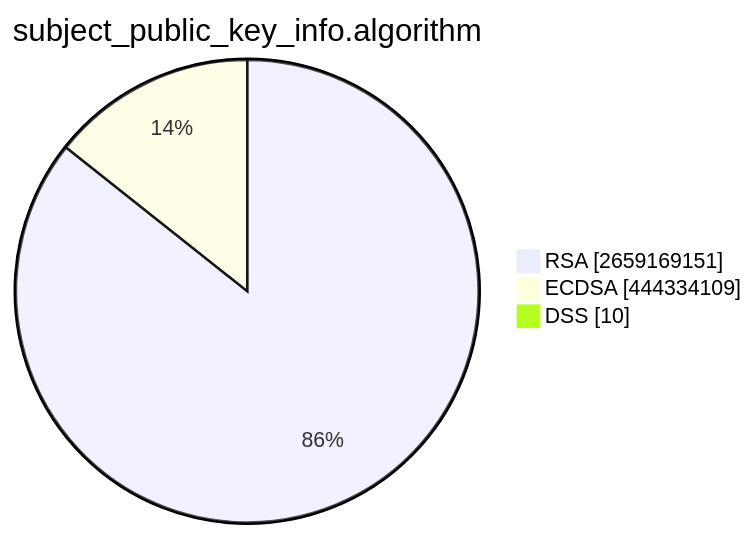
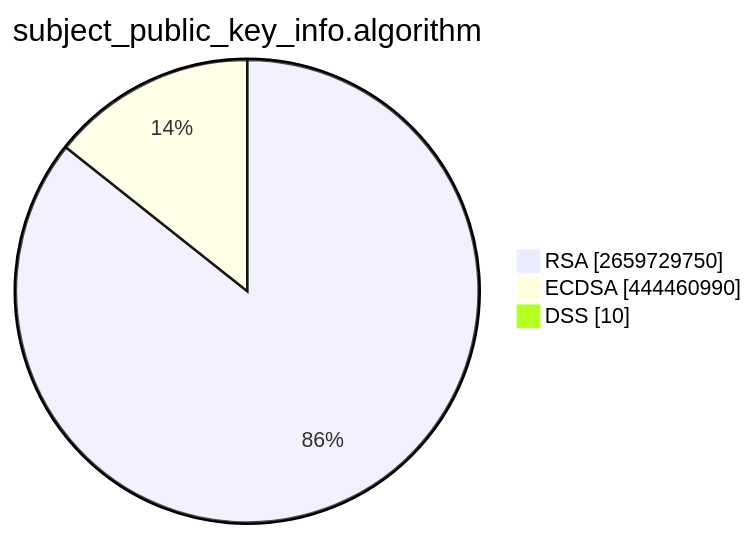
The second of 15 diagrams in TOTAL/README.md (christiankrug/ctmonitor_visualization), drawn with Mermaid before and after one commit. The commit also changed other lines of this file, not shown here.

````diff
--- a/TOTAL/README.md
+++ b/TOTAL/README.md
@@ -6,7 +6,7 @@
 ```mermaid
 pie showData
 title subject_public_key_info.algorithm
-"RSA" :2659169151
-"ECDSA" :444334109
+"RSA" :2659729750
+"ECDSA" :444460990
 "DSS" :10
 ```
````
